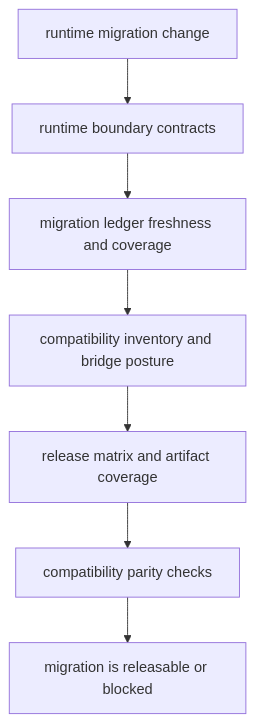
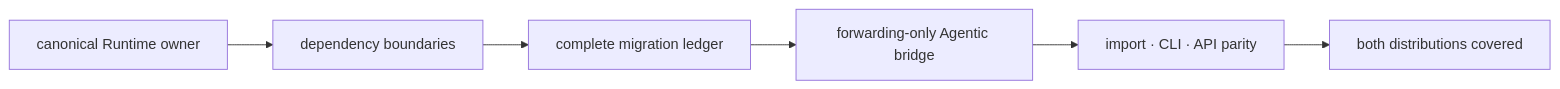
The diagram in docs/01-bijux-proteomics/operations/runtime-migration-validation.md (bijux/bijux-proteomics), drawn with Mermaid before and after one commit. The commit also changed other lines of this file and 2 other files, not shown here.

````diff
--- a/docs/01-bijux-proteomics/operations/runtime-migration-validation.md
+++ b/docs/01-bijux-proteomics/operations/runtime-migration-validation.md
@@ -17,17 +33,10 @@
 ```mermaid
-flowchart TB
-    change["runtime migration change"]
-    boundary["runtime boundary contracts"]
-    ledger["migration ledger freshness and coverage"]
-    inventory["compatibility inventory and bridge posture"]
-    release["release matrix and artifact coverage"]
-    parity["compatibility parity checks"]
-    verdict["migration is releasable or blocked"]
-
-    change --> boundary
-    boundary --> ledger
-    ledger --> inventory
-    inventory --> release
-    release --> parity
-    parity --> verdict
+flowchart LR
+    canonical["canonical Runtime owner"]
+    boundary["dependency boundaries"]
+    ledger["complete migration ledger"]
+    bridge["forwarding-only Agentic bridge"]
+    parity["import · CLI · API parity"]
+    release["both distributions covered"]
+    canonical --> boundary --> ledger --> bridge --> parity --> release
 ```
````
